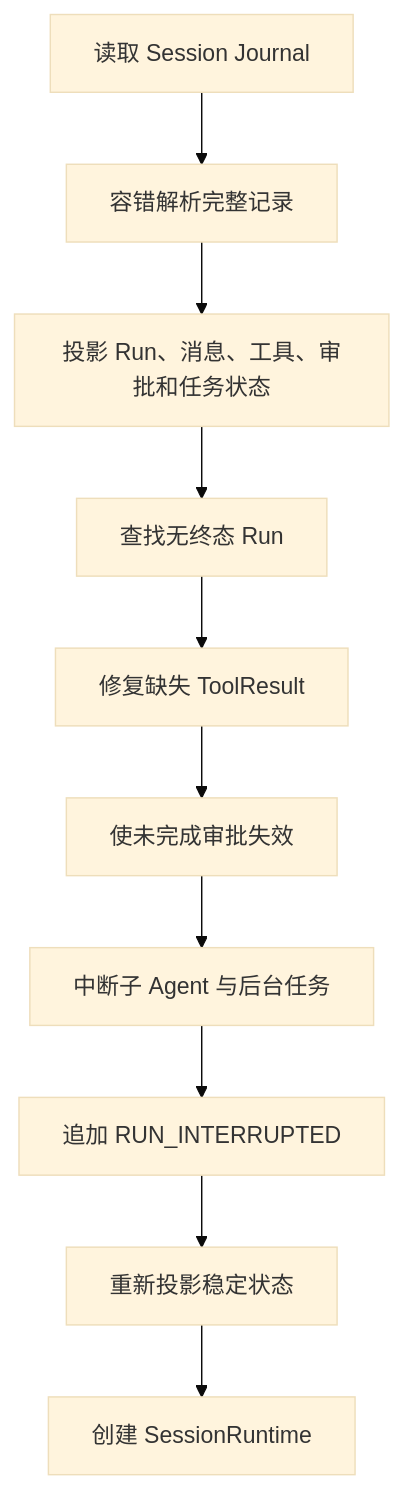
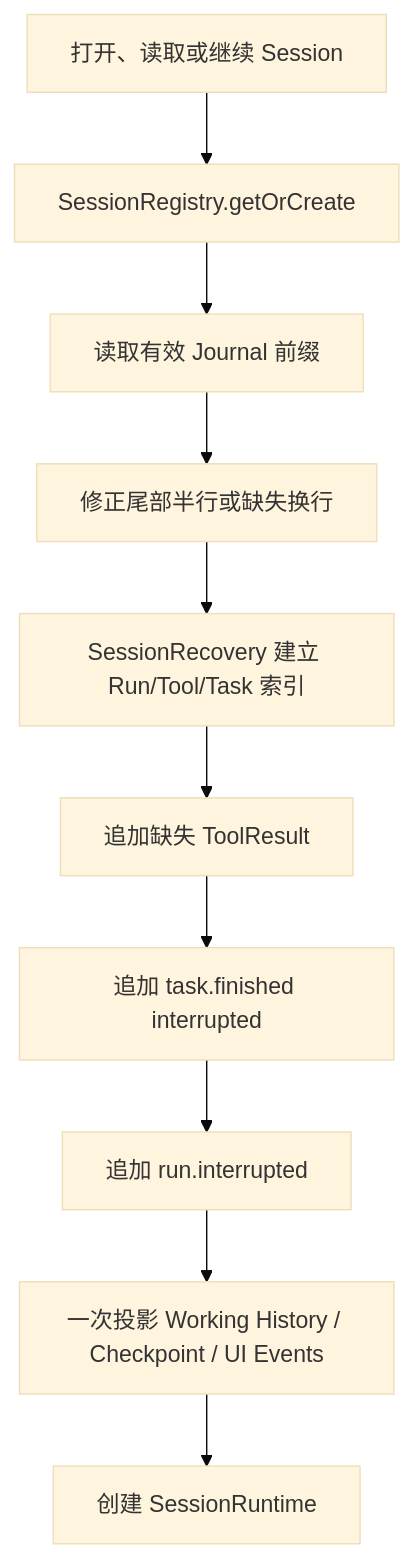
One commit to codingayice/my-claude-code changed the second of 2 diagrams in docs/design/veyra-interrupted-run-recovery-design.md. Above: the diagram before and after it, drawn with Mermaid (base theme). The commit also changed other lines of this file and 155 other files, not shown here.

````diff
--- a/docs/design/veyra-interrupted-run-recovery-design.md
+++ b/docs/design/veyra-interrupted-run-recovery-design.md
@@ -472,12 +460,12 @@
 ```mermaid
 flowchart TD
-  Start["读取 Session Journal"] --> Parse["容错解析完整记录"]
-  Parse --> Project["投影 Run、消息、工具、审批和任务状态"]
-  Project --> Detect["查找无终态 Run"]
-  Detect --> RepairTools["修复缺失 ToolResult"]
-  RepairTools --> ExpireApprovals["使未完成审批失效"]
-  ExpireApprovals --> InterruptTasks["中断子 Agent 与后台任务"]
-  InterruptTasks --> InterruptRun["追加 RUN_INTERRUPTED"]
-  InterruptRun --> Reproject["重新投影稳定状态"]
-  Reproject --> Runtime["创建 SessionRuntime"]
+  Open["打开、读取或继续 Session"] --> Lookup["SessionRegistry.getOrCreate"]
+  Lookup --> Read["读取有效 Journal 前缀"]
+  Read --> Tail["修正尾部半行或缺失换行"]
+  Tail --> Scan["SessionRecovery 建立 Run/Tool/Task 索引"]
+  Scan --> RepairTools["追加缺失 ToolResult"]
+  RepairTools --> RepairTasks["追加 task.finished interrupted"]
+  RepairTasks --> RepairRun["追加 run.interrupted"]
+  RepairRun --> Project["一次投影 Working History / Checkpoint / UI Events"]
+  Project --> Runtime["创建 SessionRuntime"]
 ```
````
